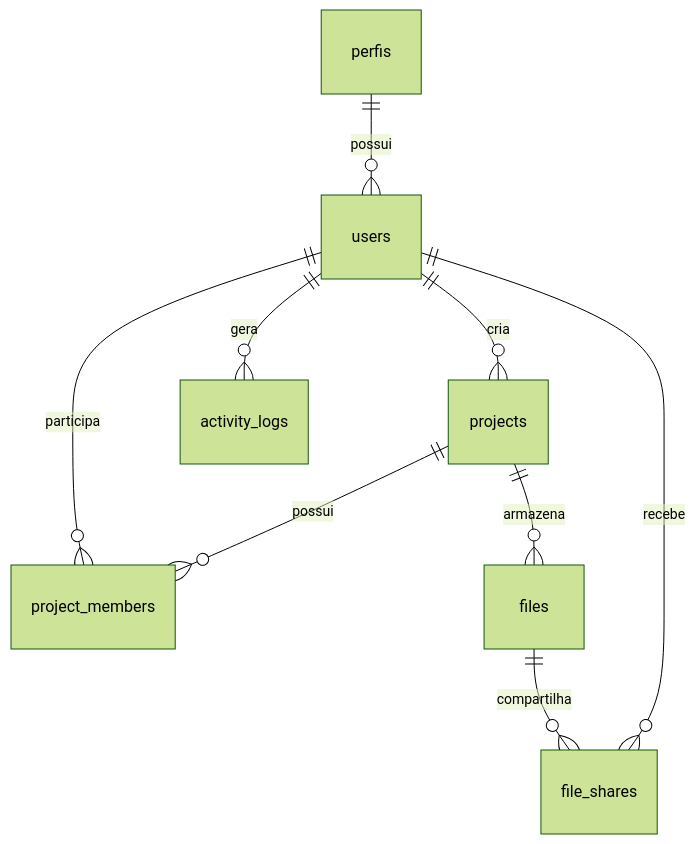
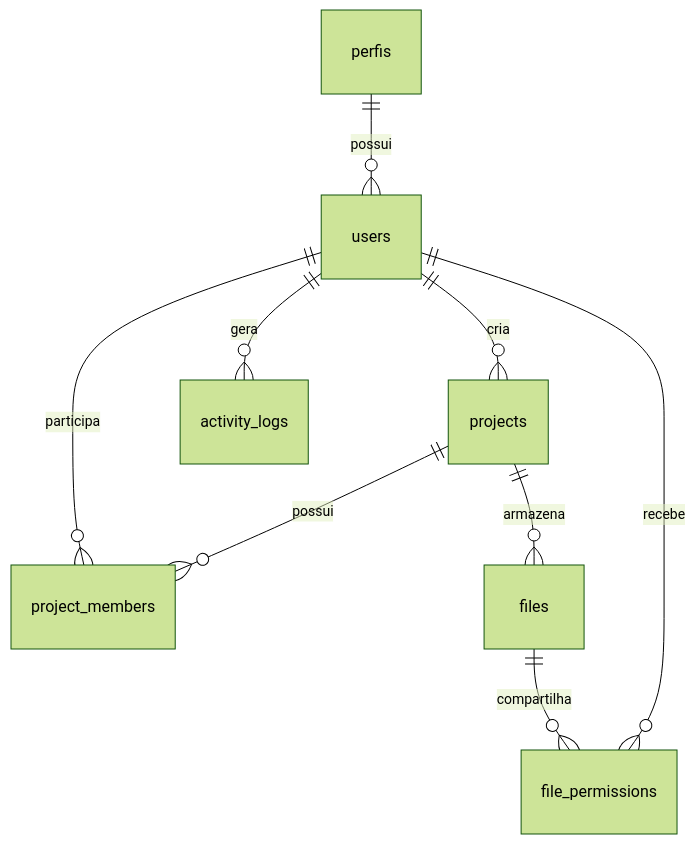
Before and after one commit to tecnologiawebnetsystem/armazenamento_cientifico: the diagram in wiki-dev.md, drawn with Mermaid (forest theme). The commit also changed other lines of this file and 2 other files, not shown here.

````diff
--- a/wiki-dev.md
+++ b/wiki-dev.md
@@ -412,11 +415,11 @@
 ```mermaid
 erDiagram
   perfis ||--o{ users : possui
   users ||--o{ projects : cria
   users ||--o{ project_members : participa
   projects ||--o{ project_members : possui
   projects ||--o{ files : armazena
-  files ||--o{ file_shares : compartilha
-  users ||--o{ file_shares : recebe
+  files ||--o{ file_permissions : compartilha
+  users ||--o{ file_permissions : recebe
   users ||--o{ activity_logs : gera
 ```
````
